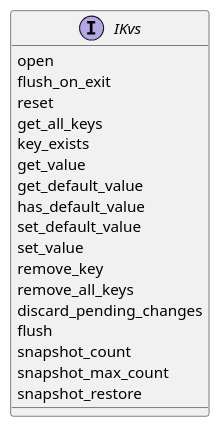
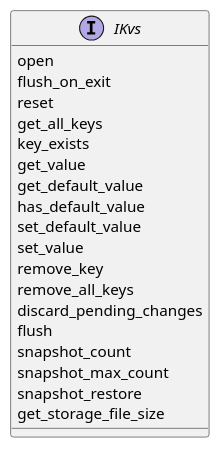
The diagram in docs/features/persistency/architecture/_assets/kvs_interface.puml (Ahmed-Elsaka-JC/persistency), drawn with PlantUML before and after one commit. The commit also changed 4 other files, not shown here.

First line of the commit message:
adding storage file size api

```diff
--- a/docs/features/persistency/architecture/_assets/kvs_interface.puml
+++ b/docs/features/persistency/architecture/_assets/kvs_interface.puml
@@ -14,23 +14,24 @@
 @startuml
 
 interface IKvs {
     open
     flush_on_exit
     reset
     get_all_keys
     key_exists
     get_value
     get_default_value
     has_default_value
     set_default_value
     set_value
     remove_key
     remove_all_keys
     discard_pending_changes
     flush
     snapshot_count
     snapshot_max_count
     snapshot_restore
+    get_storage_file_size
 }
 
 @enduml
```
